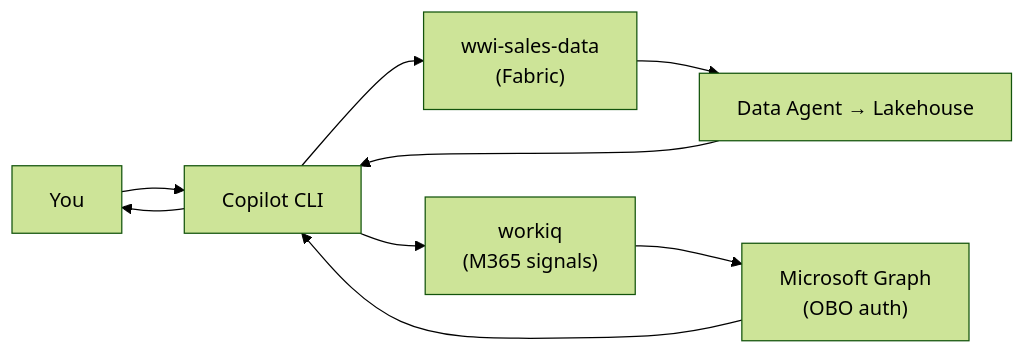
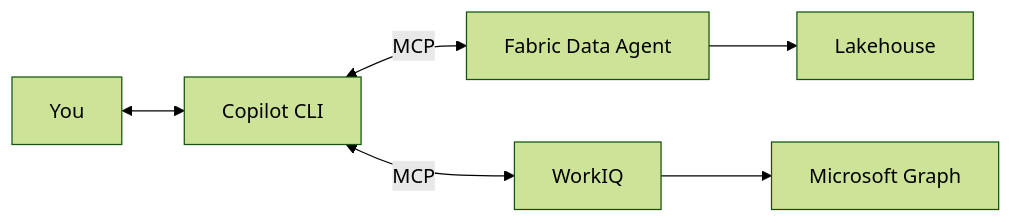
One commit to ericchansen/agent-demo-dev changed the diagram in website/docs/journey/give-it-context.md. Above: the diagram before and after it, drawn with Mermaid (forest theme). The commit also changed 4 other files, not shown here.

First line of the commit message:
fix: clean up diagram labels across all docs

````diff
--- a/website/docs/journey/give-it-context.md
+++ b/website/docs/journey/give-it-context.md
@@ -24,11 +24,8 @@
 ```mermaid
 flowchart LR
-    User["You"] --> Agent["Copilot CLI"]
-    Agent --> FD["wwi-sales-data\n(Fabric)"]
-    Agent --> WIQ["workiq\n(M365 signals)"]
-    FD --> DA["Data Agent → Lakehouse"]
-    WIQ --> Graph["Microsoft Graph\n(OBO auth)"]
-    DA --> Agent
-    Graph --> Agent
-    Agent --> User
+    User["You"] <--> CLI["Copilot CLI"]
+    CLI <-->|MCP| FDA["Fabric Data Agent"]
+    CLI <-->|MCP| WIQ["WorkIQ"]
+    FDA --> LH["Lakehouse"]
+    WIQ --> Graph["Microsoft Graph"]
 ```
````
